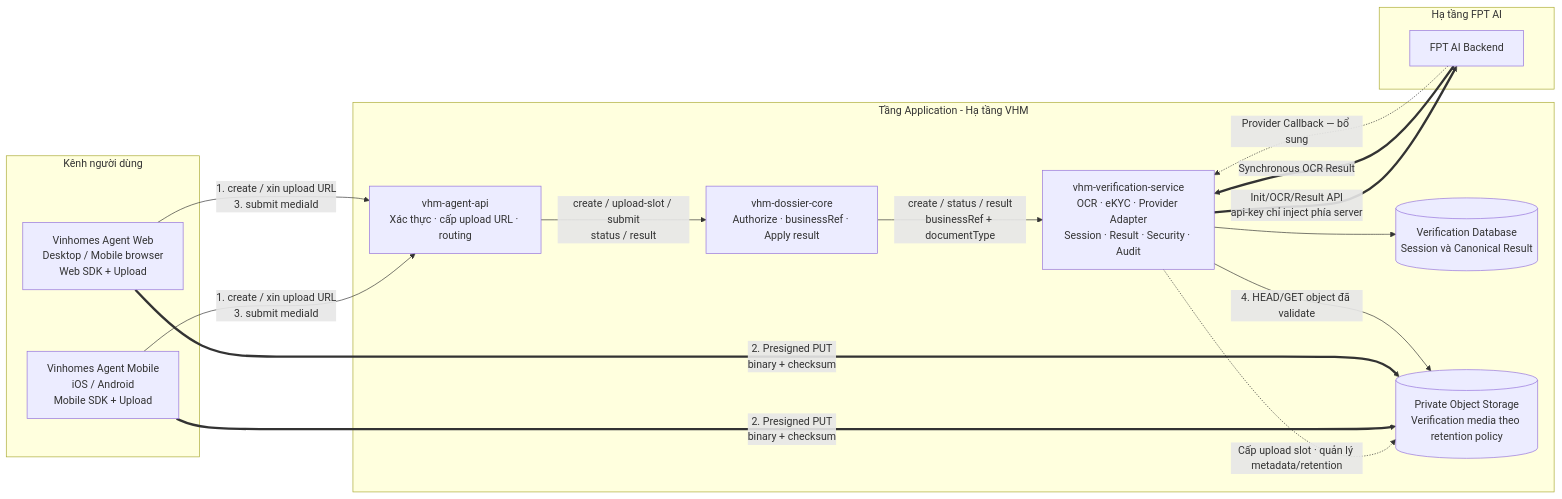
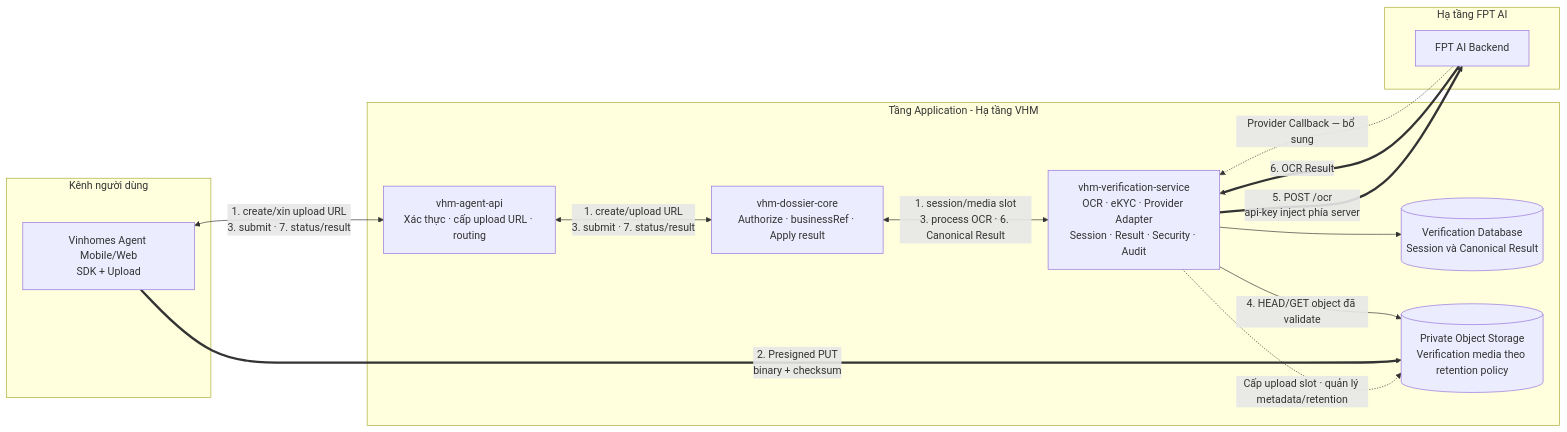
The first of 9 diagrams in noxh.md (huynv-xyz/vhm), drawn with Mermaid before and after one commit. The commit also changed other lines of this file, not shown here.

````diff
--- a/noxh.md
+++ b/noxh.md
@@ -141,34 +139,31 @@
 ```mermaid
 flowchart LR
     subgraph CLIENT["Kênh người dùng"]
-        MOBILE["Vinhomes Agent Mobile<br/>iOS / Android<br/>Mobile SDK + Upload"]
-        WEB["Vinhomes Agent Web<br/>Desktop / Mobile browser<br/>Web SDK + Upload"]
+        AGENT["Vinhomes Agent Mobile/Web<br/>SDK + Upload"]
     end
 
     subgraph APPLICATION["Tầng Application - Hạ tầng VHM"]
         BFF["vhm-agent-api<br/>Xác thực · cấp upload URL · routing"]
         NOXH["vhm-dossier-core<br/>Authorize · businessRef · Apply result"]
         PROXY["vhm-verification-service<br/>OCR · eKYC · Provider Adapter<br/>Session · Result · Security · Audit"]
         DB[("Verification Database<br/>Session và Canonical Result")]
         MEDIA[("Private Object Storage<br/>Verification media theo retention policy")]
 
-        BFF -->|"create / upload-slot / submit<br/>status / result"| NOXH
-        NOXH -->|"create / status / result<br/>businessRef + documentType"| PROXY
+        BFF <-->|"1. create/upload URL<br/>3. submit · 7. status/result"| NOXH
+        NOXH <-->|"1. session/media slot<br/>3. process OCR · 6. Canonical Result"| PROXY
         PROXY --> DB
         PROXY -.->|"Cấp upload slot · quản lý metadata/retention"| MEDIA
     end
 
     subgraph FPT["Hạ tầng FPT AI"]
         PROVIDER["FPT AI Backend"]
     end
 
-    MOBILE -->|"1. create / xin upload URL<br/>3. submit mediaId"| BFF
-    WEB -->|"1. create / xin upload URL<br/>3. submit mediaId"| BFF
-    MOBILE ==>|"2. Presigned PUT<br/>binary + checksum"| MEDIA
-    WEB ==>|"2. Presigned PUT<br/>binary + checksum"| MEDIA
+    AGENT <-->|"1. create/xin upload URL<br/>3. submit · 7. status/result"| BFF
+    AGENT ==>|"2. Presigned PUT<br/>binary + checksum"| MEDIA
     PROXY -->|"4. HEAD/GET object đã validate"| MEDIA
-    PROXY ==>|"Init/OCR/Result API<br/>api-key chỉ inject phía server"| PROVIDER
-    PROVIDER ==>|"Synchronous OCR Result"| PROXY
+    PROXY ==>|"5. POST /ocr<br/>api-key inject phía server"| PROVIDER
+    PROVIDER ==>|"6. OCR Result"| PROXY
     PROVIDER -.->|"Provider Callback — bổ sung"| PROXY
 
 ```
````
